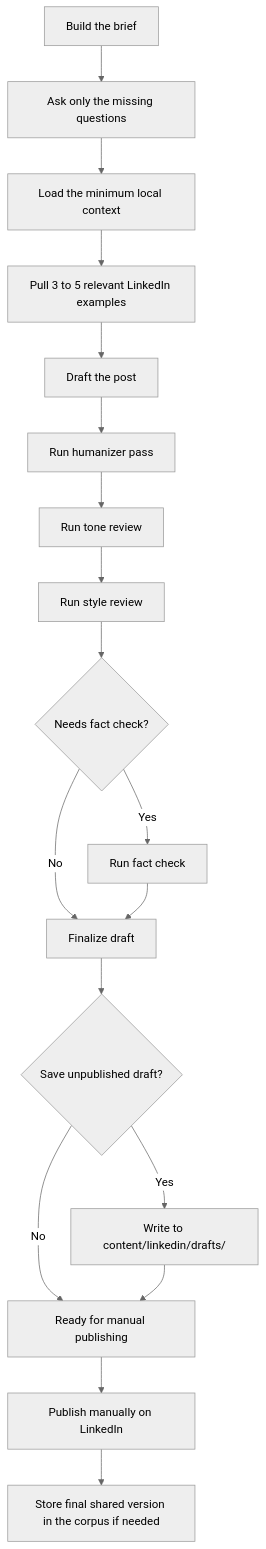
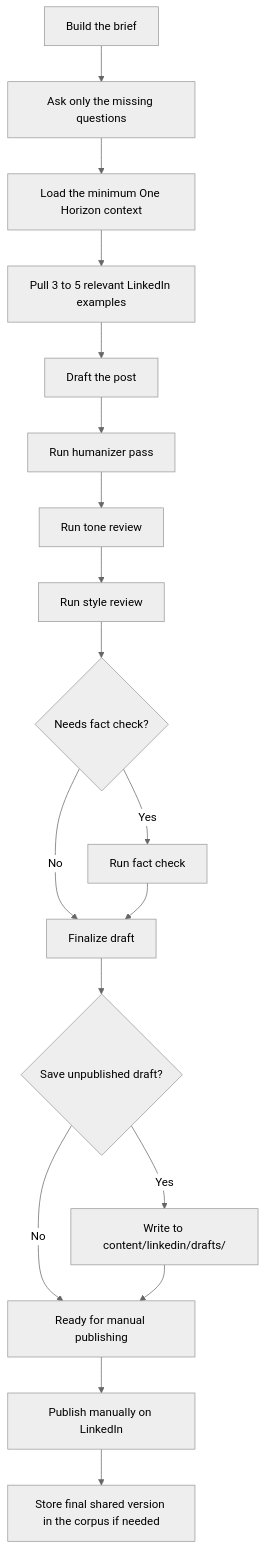
Before and after one commit to onehorizonai/ink: the first of 2 diagrams in README.md, drawn with Mermaid (neutral theme). The commit also changed other lines of this file and 44 other files, not shown here.

````diff
--- a/README.md
+++ b/README.md
@@ -164,20 +177,20 @@
 ```mermaid
 flowchart TD
     A["Build the brief"] --> B["Ask only the missing questions"]
-    B --> C["Load the minimum local context"]
+    B --> C["Load the minimum One Horizon context"]
     C --> D["Pull 3 to 5 relevant LinkedIn examples"]
     D --> E["Draft the post"]
     E --> F["Run humanizer pass"]
     F --> G["Run tone review"]
     G --> H["Run style review"]
     H --> I{"Needs fact check?"}
     I -- "Yes" --> J["Run fact check"]
     I -- "No" --> K["Finalize draft"]
     J --> K
     K --> L{"Save unpublished draft?"}
     L -- "Yes" --> M["Write to content/linkedin/drafts/"]
     L -- "No" --> N["Ready for manual publishing"]
     M --> N
     N --> O["Publish manually on LinkedIn"]
     O --> P["Store final shared version in the corpus if needed"]
 ```
````
